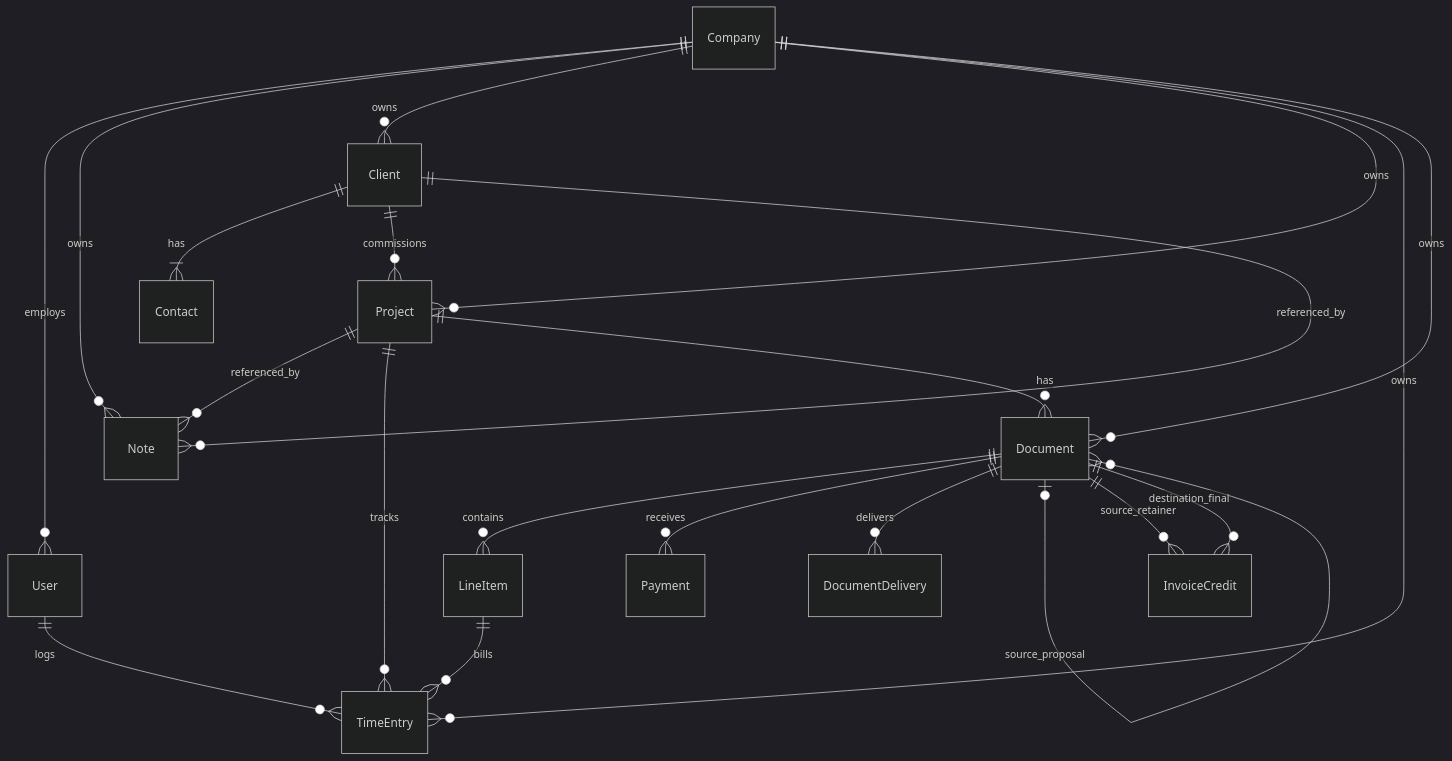
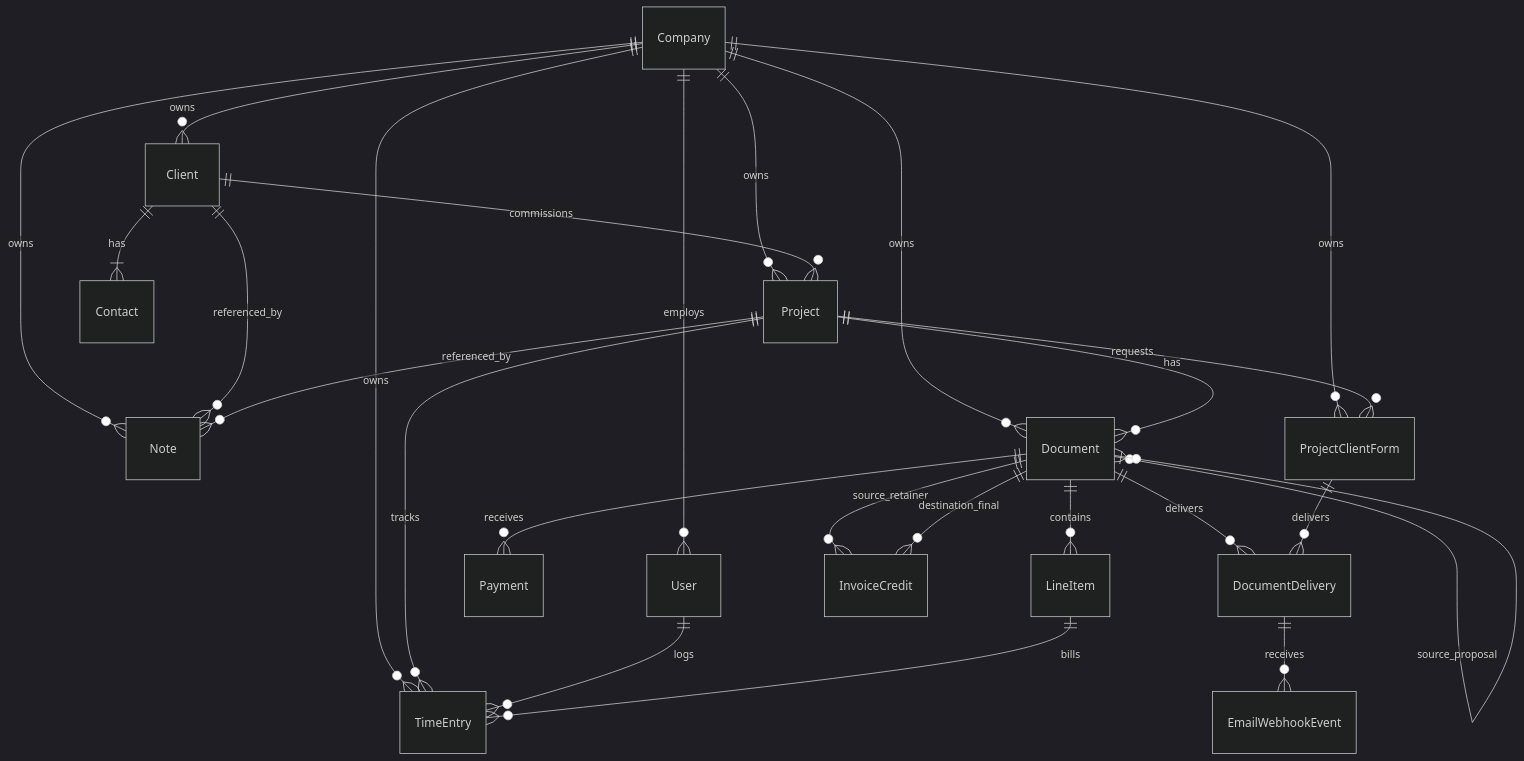
The diagram in docs/DATA_MODEL.md (mprovost129/ez360pm), drawn with Mermaid (dark theme) before and after one commit. The commit also changed other lines of this file and 37 other files, not shown here.

````diff
--- a/docs/DATA_MODEL.md
+++ b/docs/DATA_MODEL.md
@@ -8,26 +8,30 @@
 ```mermaid
 erDiagram
     Company ||--o{ User : employs
     Company ||--o{ Note : owns
     Company ||--o{ Client : owns
     Company ||--o{ Project : owns
     Company ||--o{ TimeEntry : owns
     Company ||--o{ Document : owns
+    Company ||--o{ ProjectClientForm : owns
 
     Client ||--|{ Contact : has
     Client ||--o{ Project : commissions
     Client ||--o{ Note : referenced_by
     Project ||--o{ Note : referenced_by
     Project ||--o{ TimeEntry : tracks
     User ||--o{ TimeEntry : logs
 
     Project ||--o{ Document : has
+    Project ||--o{ ProjectClientForm : requests
     Document ||--o{ LineItem : contains
     Document ||--o{ Payment : receives
     Document ||--o{ DocumentDelivery : delivers
+    ProjectClientForm ||--o{ DocumentDelivery : delivers
+    DocumentDelivery ||--o{ EmailWebhookEvent : receives
     LineItem ||--o{ TimeEntry : bills
 
     Document o|--o{ Document : source_proposal
     Document ||--o{ InvoiceCredit : source_retainer
     Document ||--o{ InvoiceCredit : destination_final
 ```
````
